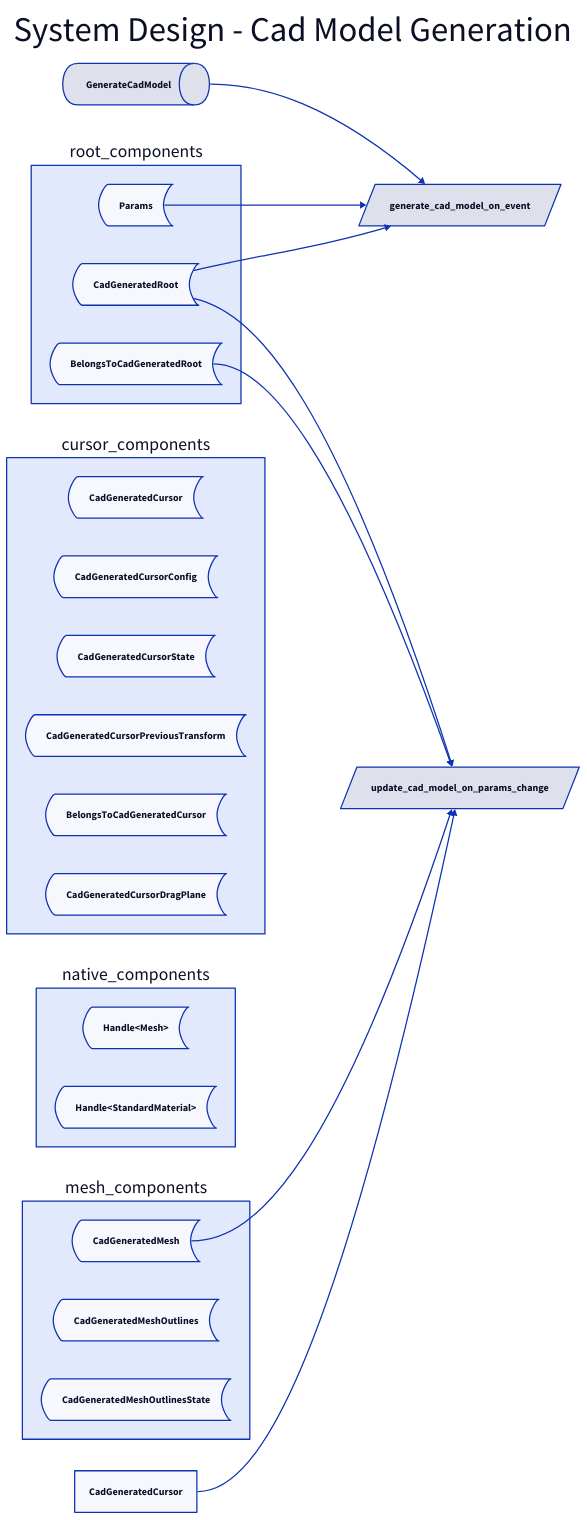
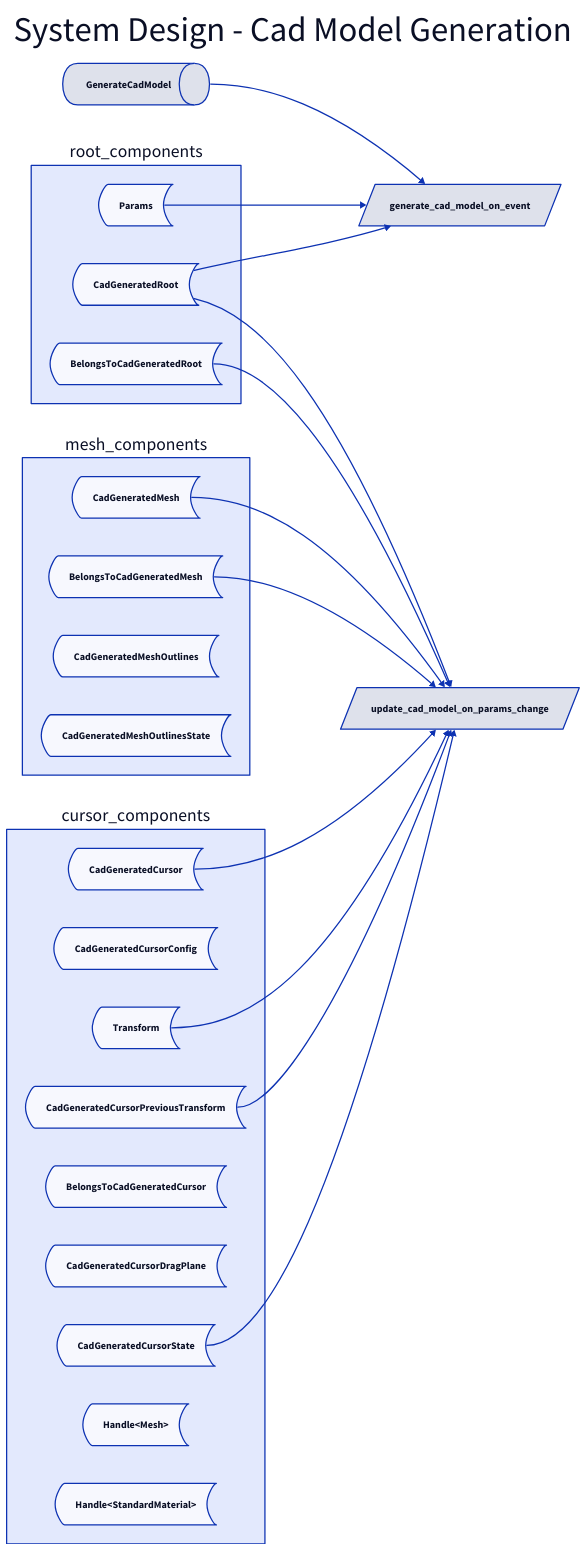
Before and after one commit to nilaysavant/bevy_pmetra: the diagram in crates/parametric_cad_modelling/src/bevy_plugin/systems/cad/system_design.d2, drawn with D2.

Commit message:
WIP update system design.

```diff
--- a/crates/parametric_cad_modelling/src/bevy_plugin/systems/cad/system_design.d2
+++ b/crates/parametric_cad_modelling/src/bevy_plugin/systems/cad/system_design.d2
@@ -1,110 +1,125 @@
 # System design for the distributing CAD model generation
 #
 # Optimising for parallism and speed.
 
 # diagram settings...
 direction: right
 
 # heading...
 System Design - Cad Model Generation: {
   shape: text
   near: top-center
   style: {
     font-size: 55
   }
 }
 
 # components used in cad generation...
 
 root_components: {
   Params: {
     shape: stored_data
   }
 
   CadGeneratedRoot: {
     shape: stored_data
   }
 
   BelongsToCadGeneratedRoot: {
     shape: stored_data
   }
 }
 
 mesh_components: {
   CadGeneratedMesh: {
     shape: stored_data
   }
 
+  BelongsToCadGeneratedMesh: {
+    shape: stored_data
+  }
+
   CadGeneratedMeshOutlines: {
     shape: stored_data
   }
 
   CadGeneratedMeshOutlinesState: {
     shape: stored_data
   }
 }
 
 cursor_components: {
   CadGeneratedCursor: {
     shape: stored_data
   }
 
   CadGeneratedCursorConfig: {
     shape: stored_data
   }
 
   CadGeneratedCursorState: {
     shape: stored_data
   }
 
   CadGeneratedCursorPreviousTransform: {
     shape: stored_data
   }
 
   BelongsToCadGeneratedCursor: {
     shape: stored_data
   }
 
   CadGeneratedCursorDragPlane: {
     shape: stored_data
   }
-}
 
-# evenst used in cad generation...
+  # native...
 
-GenerateCadModel: {
-  shape: queue
-}
+  Transform: {
+    shape: stored_data
+  }
 
-# native components...
-
-native_components: {
   'Handle<Mesh>': {
     shape: stored_data
   }
 
   'Handle<StandardMaterial>': {
     shape: stored_data
   }
+}
+
+# evenst used in cad generation...
+
+GenerateCadModel: {
+  shape: queue
 }
 
 # systems used in cad generation...
 
 generate_cad_model_on_event: {
   shape: parallelogram
 }
 
 update_cad_model_on_params_change: {
   shape: parallelogram
 }
 
 # connections...
 
+# event...
 GenerateCadModel -> generate_cad_model_on_event
+# root...
 root_components.Params -> generate_cad_model_on_event
 root_components.CadGeneratedRoot -> generate_cad_model_on_event
 
+# root..
 root_components.CadGeneratedRoot -> update_cad_model_on_params_change
 root_components.BelongsToCadGeneratedRoot -> update_cad_model_on_params_change
+# mesh...
 mesh_components.CadGeneratedMesh -> update_cad_model_on_params_change
-CadGeneratedCursor -> update_cad_model_on_params_change
+mesh_components.BelongsToCadGeneratedMesh -> update_cad_model_on_params_change
+# cursor
+cursor_components.CadGeneratedCursor -> update_cad_model_on_params_change
+cursor_components.Transform -> update_cad_model_on_params_change
+cursor_components.CadGeneratedCursorPreviousTransform -> update_cad_model_on_params_change
+cursor_components.CadGeneratedCursorState -> update_cad_model_on_params_change
```
